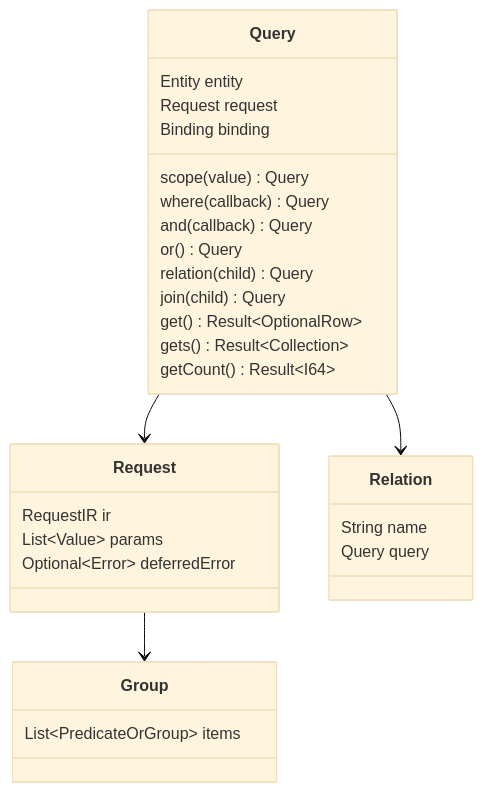
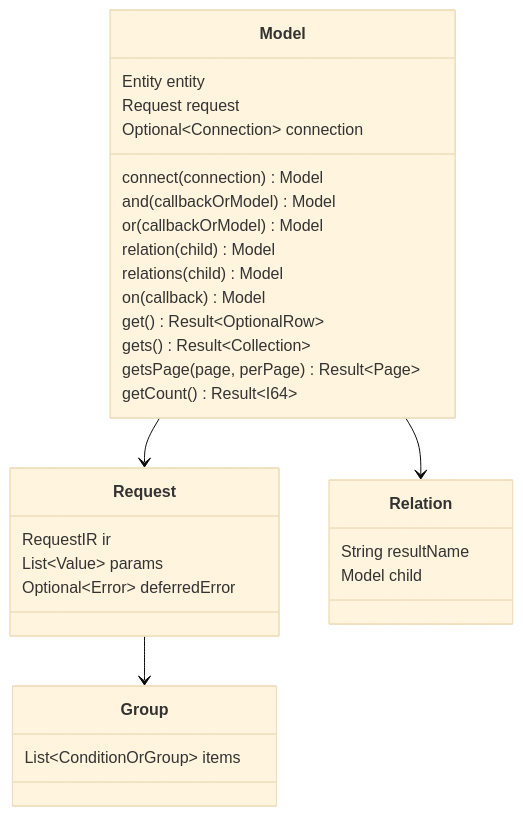
The second of 9 diagrams in docs/interfaces.md (polyspec/orm), drawn with Mermaid (base theme) before and after one commit. The commit also changed other lines of this file and 563 other files, not shown here.

````diff
--- a/docs/interfaces.md
+++ b/docs/interfaces.md
@@ -56,32 +58,33 @@
 ```mermaid
 classDiagram
-    class Query {
+    class Model {
         Entity entity
         Request request
-        Binding binding
-        scope(value) Query
-        where(callback) Query
-        and(callback) Query
-        or() Query
-        relation(child) Query
-        join(child) Query
+        Optional~Connection~ connection
+        connect(connection) Model
+        and(callbackOrModel) Model
+        or(callbackOrModel) Model
+        relation(child) Model
+        relations(child) Model
+        on(callback) Model
         get() Result~OptionalRow~
         gets() Result~Collection~
+        getsPage(page, perPage) Result~Page~
         getCount() Result~I64~
     }
     class Request {
         RequestIR ir
         List~Value~ params
         Optional~Error~ deferredError
     }
     class Group {
-        List~PredicateOrGroup~ items
+        List~ConditionOrGroup~ items
     }
     class Relation {
-        String name
-        Query query
+        String resultName
+        Model child
     }
-    Query --> Request
+    Model --> Request
     Request --> Group
-    Query --> Relation
+    Model --> Relation
 ```
````
